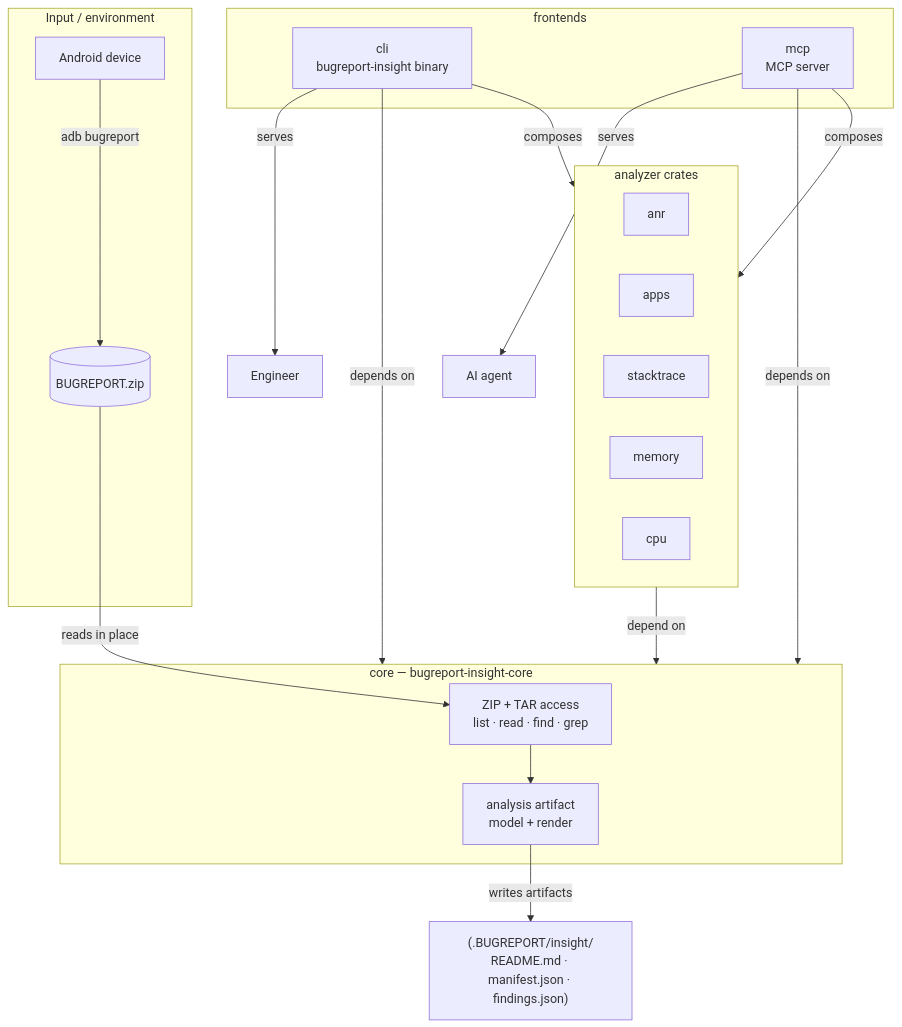
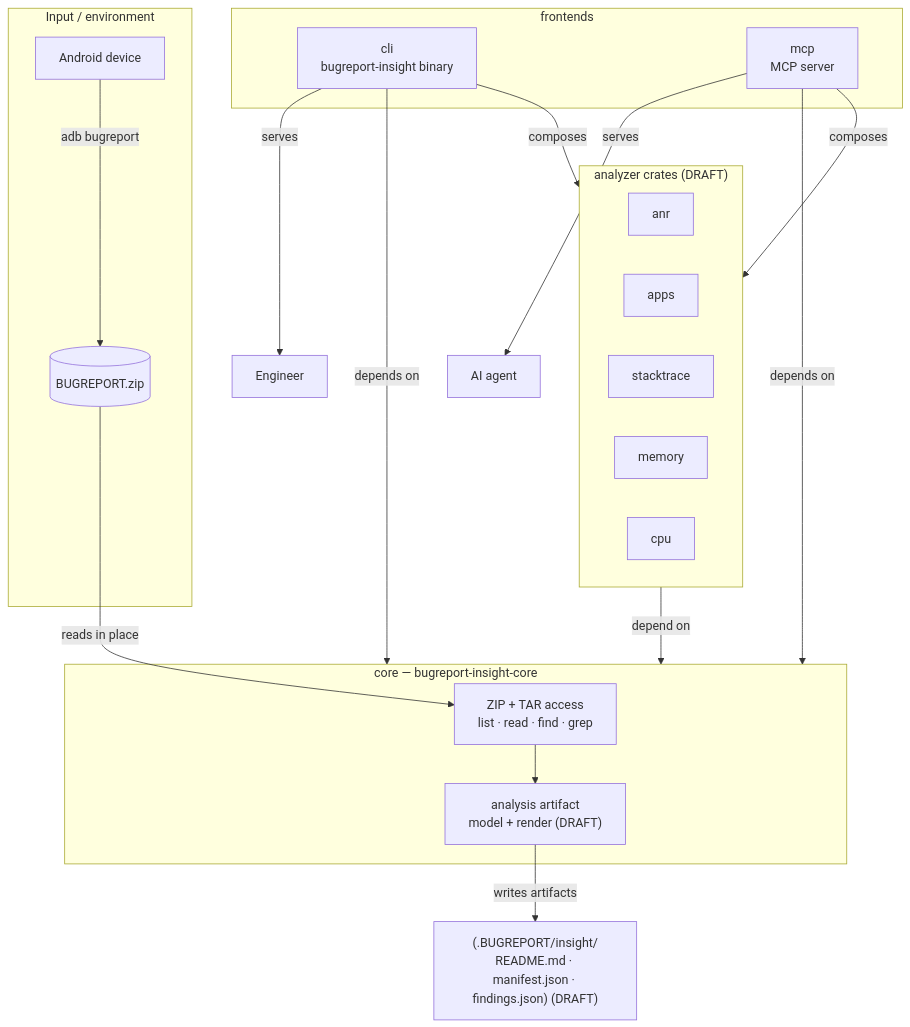
The diagram in docs/architecture.md (khoa-io/adb-bugreport-insight), drawn with Mermaid before and after one commit. The commit also changed other lines of this file and 44 other files, not shown here.

````diff
--- a/docs/architecture.md
+++ b/docs/architecture.md
@@ -7,39 +7,39 @@
 ```mermaid
 flowchart TD
     subgraph input["Input / environment"]
         DEV[Android device] -->|"adb bugreport"| ZIP[("BUGREPORT.zip")]
     end
 
     subgraph core["core — bugreport-insight-core"]
         ARCHIVE["ZIP + TAR access<br/>list · read · find · grep"]
-        ARTIFACT["analysis artifact<br/>model + render"]
+        ARTIFACT["analysis artifact<br/>model + render (DRAFT)"]
         ARCHIVE --> ARTIFACT
     end
 
-    subgraph analyzers["analyzer crates"]
+    subgraph analyzers["analyzer crates (DRAFT)"]
         ANR[anr]
         APPS[apps]
         STACK[stacktrace]
         MEM[memory]
         CPU[cpu]
     end
 
     subgraph frontends["frontends"]
         CLI["cli<br/>bugreport-insight binary"]
         MCP["mcp<br/>MCP server"]
     end
 
-    OUT["(.BUGREPORT/insight/<br/>README.md · manifest.json · findings.json)"]
+    OUT["(.BUGREPORT/insight/<br/>README.md · manifest.json · findings.json) (DRAFT)"]
     ENGINEER["Engineer"]
     AGENT["AI agent"]
 
     ZIP -->|"reads in place"| ARCHIVE
     analyzers -->|"depend on"| core
     CLI -->|"depends on"| core
     CLI -->|"composes"| analyzers
     MCP -->|"depends on"| core
     MCP -->|"composes"| analyzers
     ARTIFACT -->|"writes artifacts"| OUT
     CLI -->|"serves"| ENGINEER
     MCP -->|"serves"| AGENT
 ```
````
